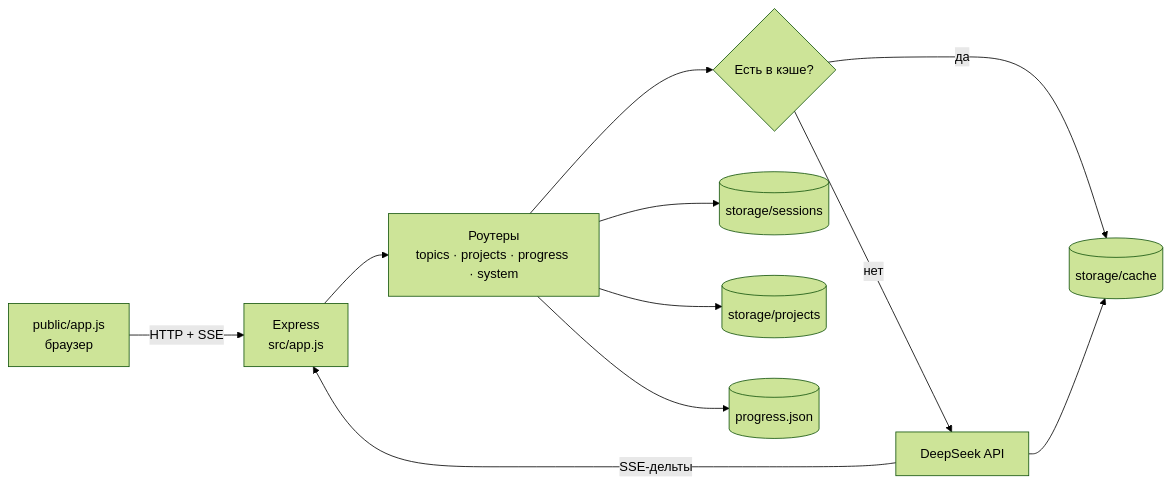
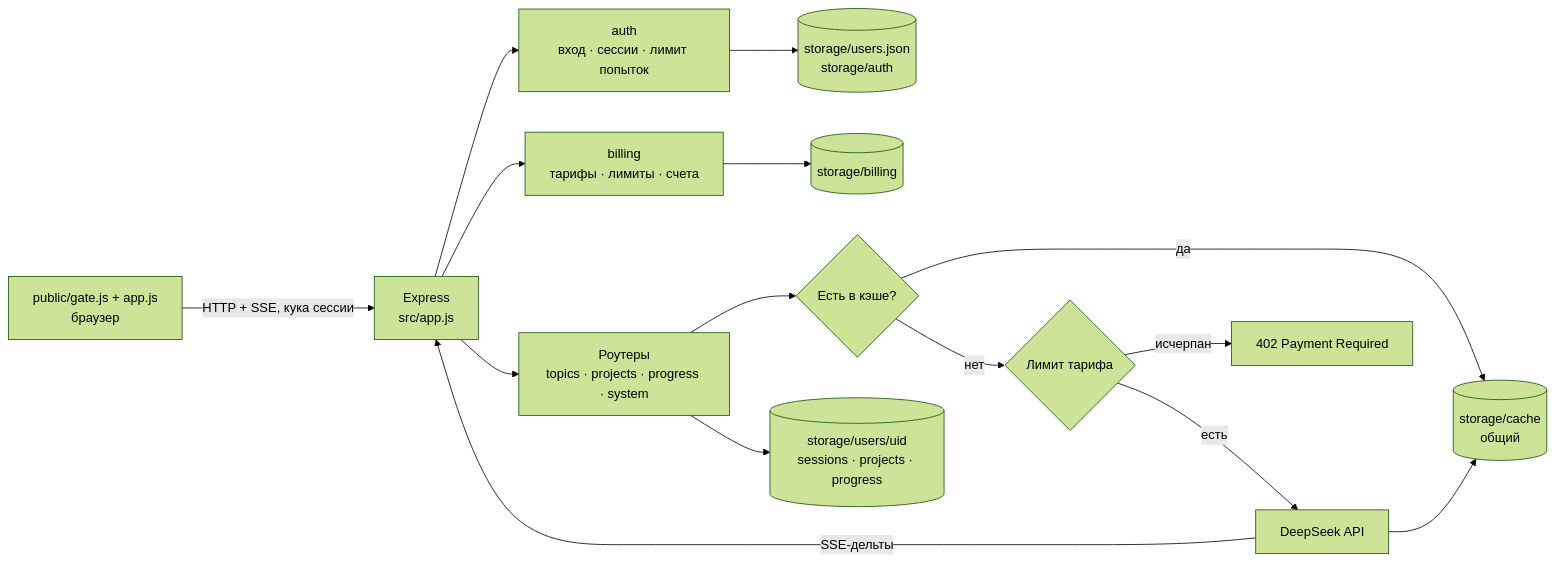
One commit to Qatrol/pathwright changed the diagram in README.md. Above: the diagram before and after it, drawn with Mermaid (forest theme). The commit also changed other lines of this file and 41 other files, not shown here.

````diff
--- a/README.md
+++ b/README.md
@@ -78,13 +106,17 @@
 ```mermaid
 flowchart LR
-  UI["public/app.js<br/>браузер"] -->|"HTTP + SSE"| API["Express<br/>src/app.js"]
+  UI["public/gate.js + app.js<br/>браузер"] -->|"HTTP + SSE, кука сессии"| API["Express<br/>src/app.js"]
+  API --> AUTH["auth<br/>вход · сессии · лимит попыток"]
+  API --> BILL["billing<br/>тарифы · лимиты · счета"]
+  AUTH --> USERS[("storage/users.json<br/>storage/auth")]
+  BILL --> INV[("storage/billing")]
   API --> R["Роутеры<br/>topics · projects · progress · system"]
   R --> Q{"Есть в кэше?"}
-  Q -->|да| C[("storage/cache")]
-  Q -->|нет| DS["DeepSeek API"]
+  Q -->|да| C[("storage/cache<br/>общий")]
+  Q -->|нет| G{"Лимит тарифа"}
+  G -->|есть| DS["DeepSeek API"]
+  G -->|исчерпан| E["402 Payment Required"]
   DS -->|"SSE-дельты"| API
   DS --> C
-  R --> SESS[("storage/sessions")]
-  R --> PROJ[("storage/projects")]
-  R --> PR[("progress.json")]
+  R --> SESS[("storage/users/uid<br/>sessions · projects · progress")]
 ```
````
